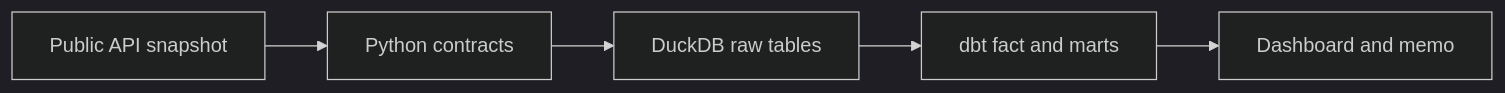
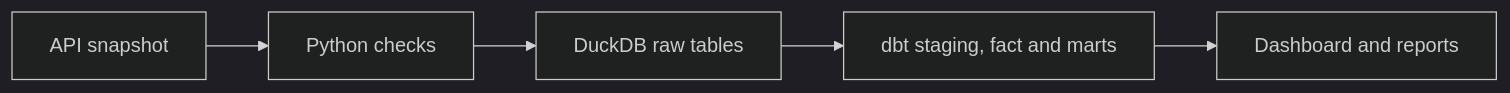
One commit to MUmairSarwar/german-energy-operations changed the diagram in README.md. Above: the diagram before and after it, drawn with Mermaid (dark theme). The commit also changed other lines of this file, not shown here.

````diff
--- a/README.md
+++ b/README.md
@@ -91,7 +58,7 @@
 ```mermaid
 flowchart LR
-  A[Public API snapshot] --> B[Python contracts]
+  A[API snapshot] --> B[Python checks]
   B --> C[DuckDB raw tables]
-  C --> D[dbt fact and marts]
-  D --> E[Dashboard and memo]
+  C --> D[dbt staging, fact and marts]
+  D --> E[Dashboard and reports]
 ```
````
